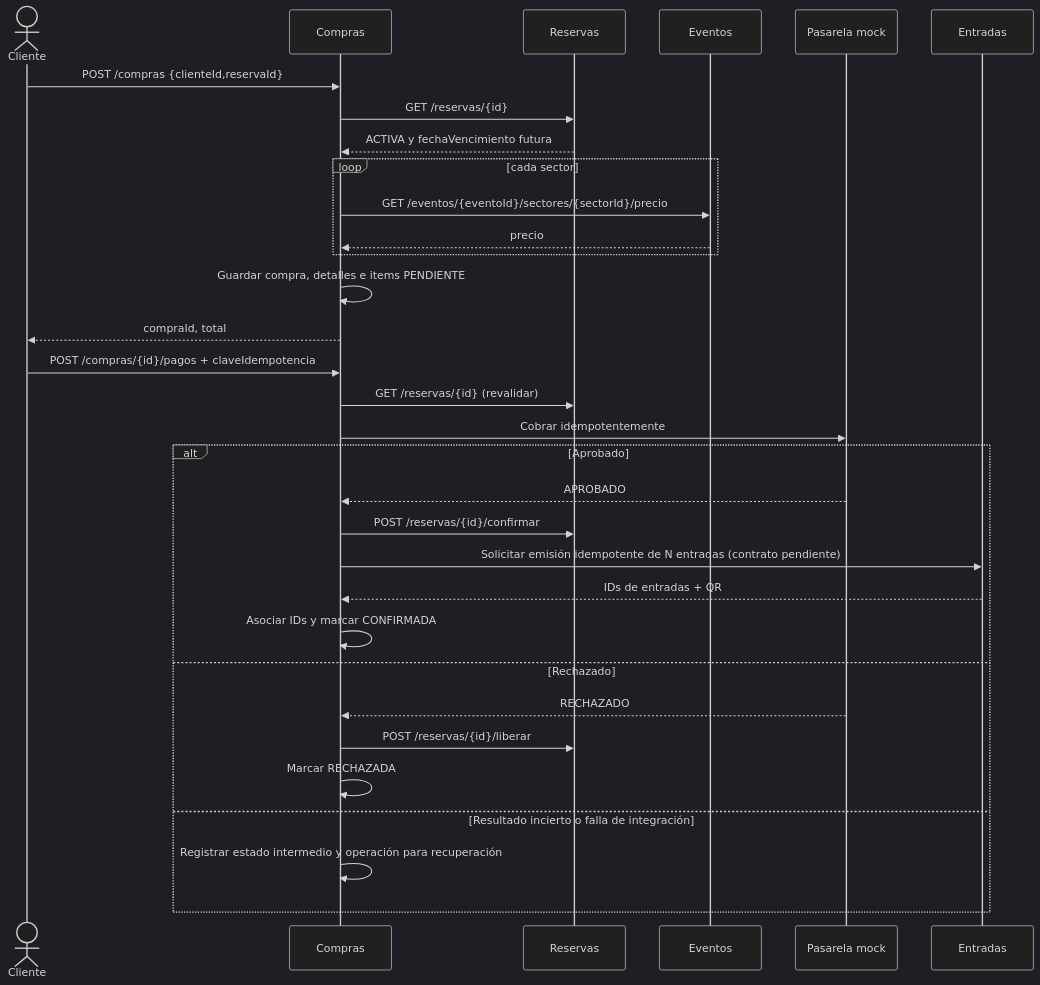
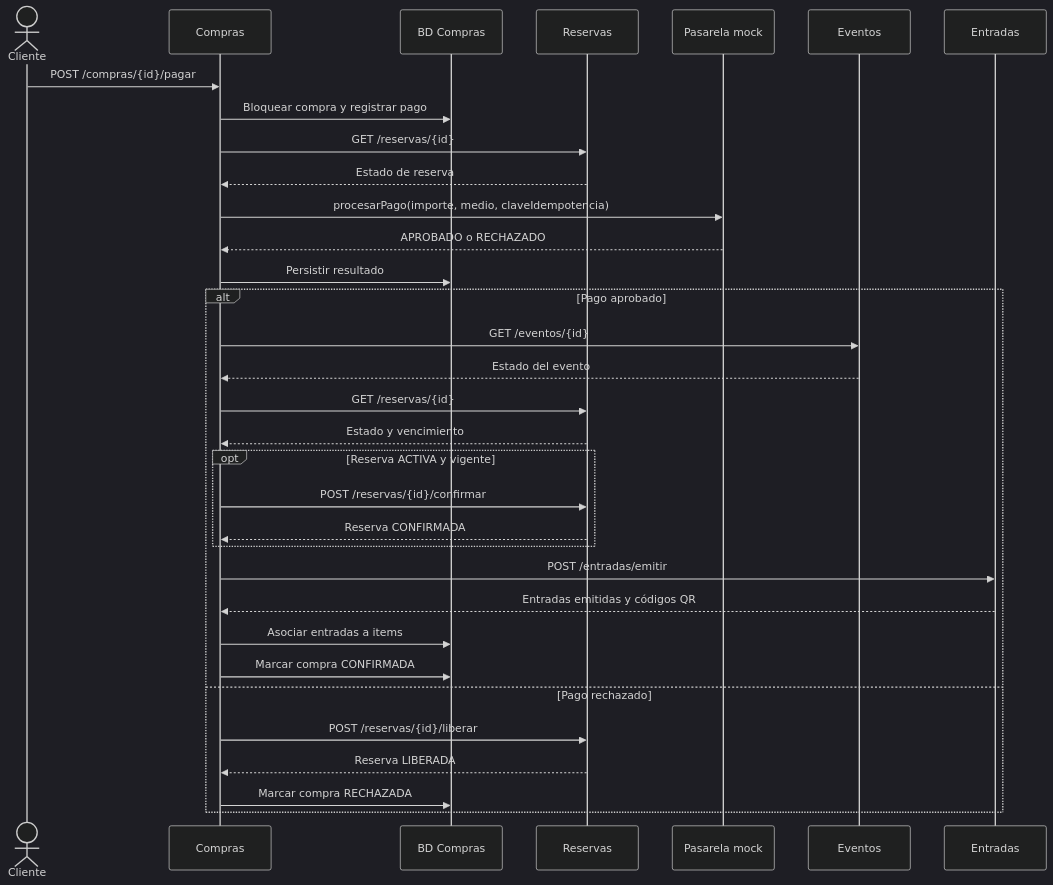
One commit to LuliDiNucci/arquitecturasGrupo12 changed the third of 5 diagrams in TPE-micro1/msvc-compras/docs/02-ARQUITECTURA-Y-FLUJOS.md. Above: the diagram before and after it, drawn with Mermaid (dark theme). The commit also changed other lines of this file and 5 other files, not shown here.

````diff
--- a/TPE-micro1/msvc-compras/docs/02-ARQUITECTURA-Y-FLUJOS.md
+++ b/TPE-micro1/msvc-compras/docs/02-ARQUITECTURA-Y-FLUJOS.md
@@ -25,34 +95,37 @@
 ```mermaid
 sequenceDiagram
     actor C as Cliente
     participant CP as Compras
+    participant DB as BD Compras
     participant R as Reservas
+    participant P as Pasarela mock
     participant E as Eventos
-    participant P as Pasarela mock
     participant T as Entradas
-    C->>CP: POST /compras {clienteId,reservaId}
+
+    C->>CP: POST /compras/{id}/pagar
+    CP->>DB: Bloquear compra y registrar pago
     CP->>R: GET /reservas/{id}
-    R-->>CP: ACTIVA y fechaVencimiento futura
-    loop cada sector
-        CP->>E: GET /eventos/{eventoId}/sectores/{sectorId}/precio
-        E-->>CP: precio
-    end
-    CP->>CP: Guardar compra, detalles e items PENDIENTE
-    CP-->>C: compraId, total
-    C->>CP: POST /compras/{id}/pagos + claveIdempotencia
-    CP->>R: GET /reservas/{id} (revalidar)
-    CP->>P: Cobrar idempotentemente
-    alt Aprobado
-        P-->>CP: APROBADO
-        CP->>R: POST /reservas/{id}/confirmar
-        CP->>T: Solicitar emisión idempotente de N entradas (contrato pendiente)
-        T-->>CP: IDs de entradas + QR
-        CP->>CP: Asociar IDs y marcar CONFIRMADA
-    else Rechazado
-        P-->>CP: RECHAZADO
+    R-->>CP: Estado de reserva
+    CP->>P: procesarPago(importe, medio, claveIdempotencia)
+    P-->>CP: APROBADO o RECHAZADO
+    CP->>DB: Persistir resultado
+
+    alt Pago aprobado
+        CP->>E: GET /eventos/{id}
+        E-->>CP: Estado del evento
+        CP->>R: GET /reservas/{id}
+        R-->>CP: Estado y vencimiento
+        opt Reserva ACTIVA y vigente
+            CP->>R: POST /reservas/{id}/confirmar
+            R-->>CP: Reserva CONFIRMADA
+        end
+        CP->>T: POST /entradas/emitir
+        T-->>CP: Entradas emitidas y códigos QR
+        CP->>DB: Asociar entradas a items
+        CP->>DB: Marcar compra CONFIRMADA
+    else Pago rechazado
         CP->>R: POST /reservas/{id}/liberar
-        CP->>CP: Marcar RECHAZADA
-    else Resultado incierto o falla de integración
-        CP->>CP: Registrar estado intermedio y operación para recuperación
+        R-->>CP: Reserva LIBERADA
+        CP->>DB: Marcar compra RECHAZADA
     end
 ```
````
